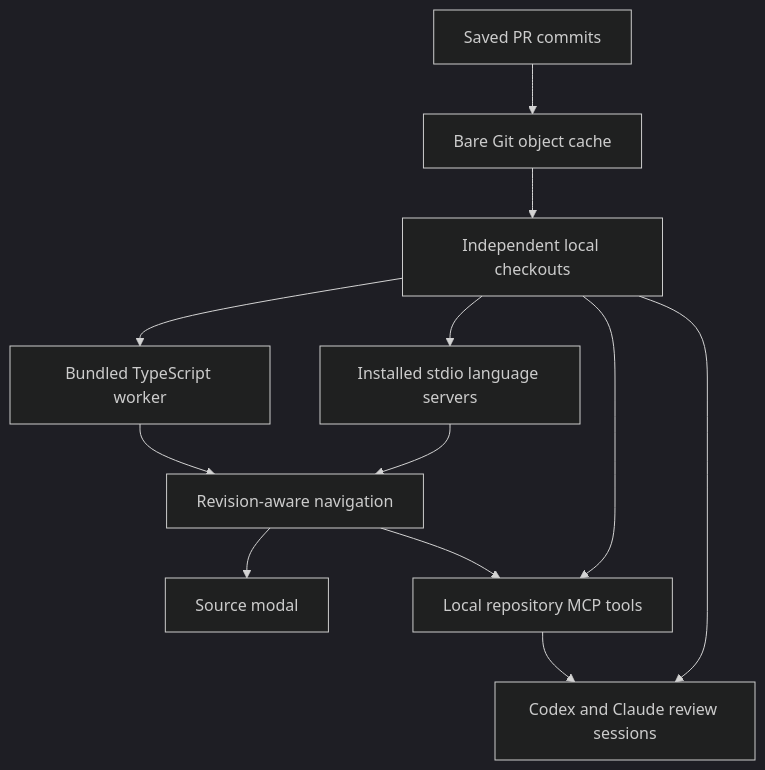
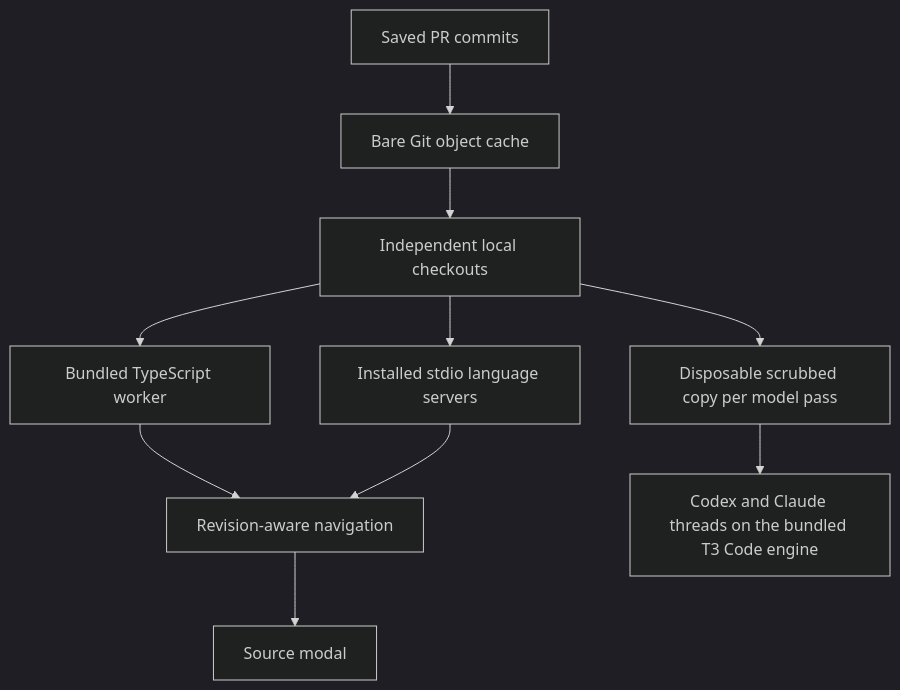
Before and after one commit to fernandobandeira/slopbusters: the diagram in docs/local-review-workspaces.md, drawn with Mermaid (dark theme). The commit also changed other lines of this file and 42 other files, not shown here.

````diff
--- a/docs/local-review-workspaces.md
+++ b/docs/local-review-workspaces.md
@@ -19,14 +19,12 @@
 ```mermaid
 flowchart TD
   PR[Saved PR commits] --> Cache[Bare Git object cache]
   Cache --> Checkouts[Independent local checkouts]
   Checkouts --> TS[Bundled TypeScript worker]
   Checkouts --> LSP[Installed stdio language servers]
   TS --> Navigation[Revision-aware navigation]
   LSP --> Navigation
   Navigation --> UI[Source modal]
-  Navigation --> MCP[Local repository MCP tools]
-  Checkouts --> MCP
-  MCP --> Agents[Codex and Claude review sessions]
-  Checkouts --> Agents
+  Checkouts --> Copy[Disposable scrubbed copy per model pass]
+  Copy --> Agents[Codex and Claude threads on the bundled T3 Code engine]
 ```
````
